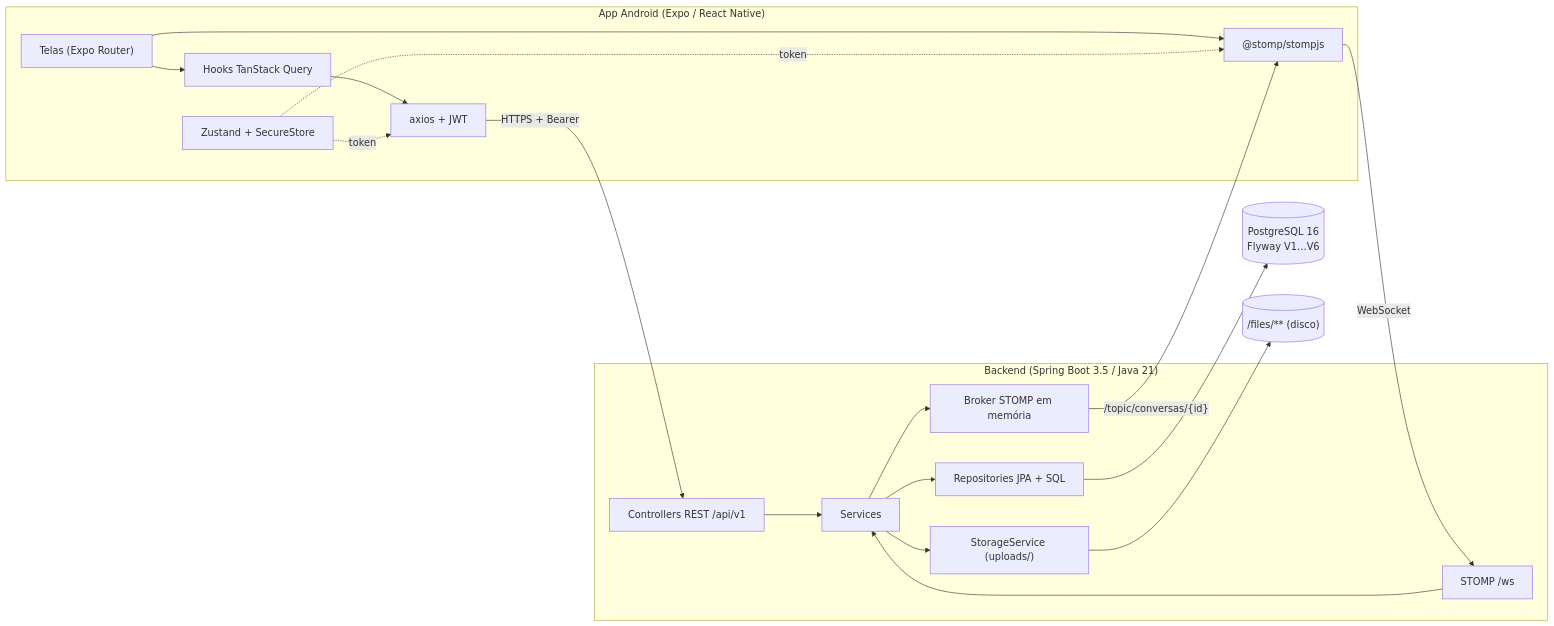
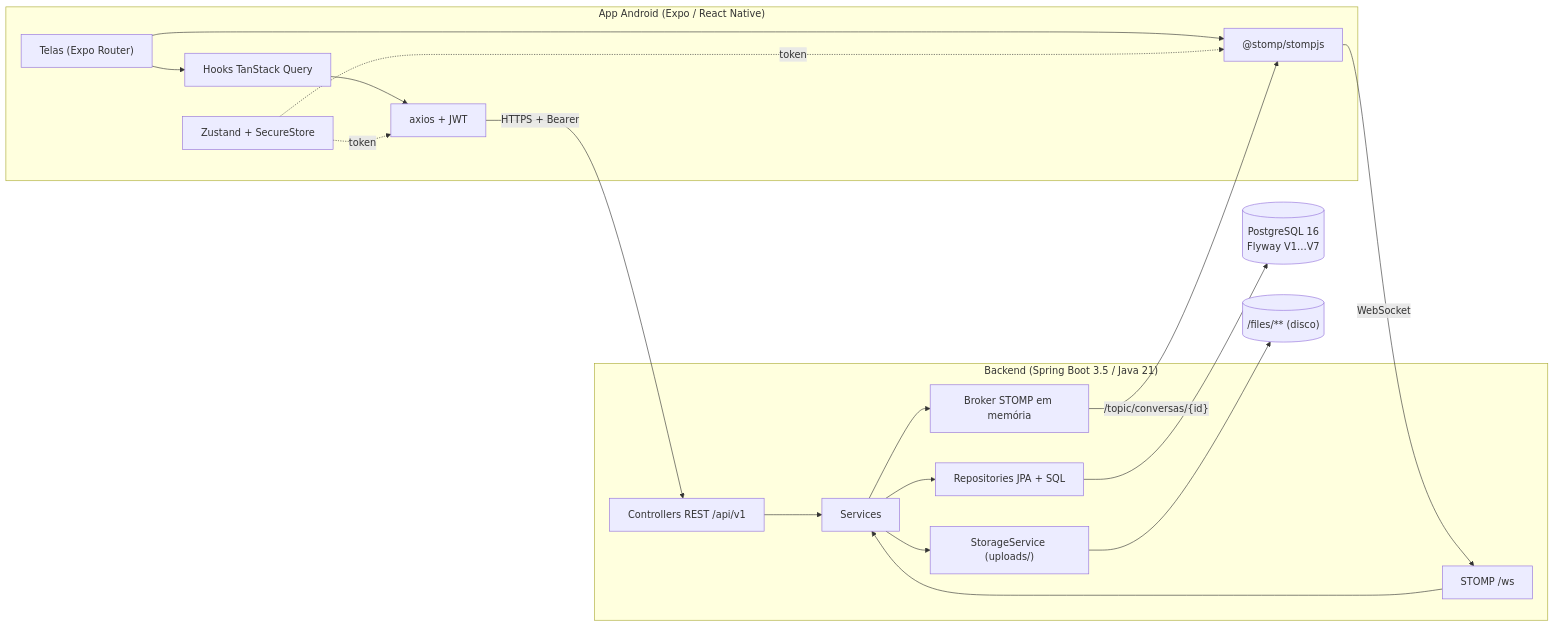
One commit to PedroLuizR/SyncEvents changed the first of 5 diagrams in docs/arquitetura.md. Above: the diagram before and after it, drawn with Mermaid. The commit also changed other lines of this file and 61 other files, not shown here.

````diff
--- a/docs/arquitetura.md
+++ b/docs/arquitetura.md
@@ -5,22 +5,22 @@
 ```mermaid
 flowchart LR
     subgraph App["App Android (Expo / React Native)"]
         UI["Telas (Expo Router)"] --> Hooks["Hooks TanStack Query"]
         Hooks --> HTTP["axios + JWT"]
         UI --> STOMP["@stomp/stompjs"]
         Sessao["Zustand + SecureStore"] -.token.-> HTTP
         Sessao -.token.-> STOMP
     end
     subgraph Backend["Backend (Spring Boot 3.5 / Java 21)"]
         REST["Controllers REST /api/v1"] --> Services
         WS["STOMP /ws"] --> Services
         Services --> Repos["Repositories JPA + SQL"]
         Services --> Storage["StorageService (uploads/)"]
         Services --> Broker["Broker STOMP em memória"]
     end
     HTTP -- "HTTPS + Bearer" --> REST
     STOMP -- "WebSocket" --> WS
     Broker -- "/topic/conversas/{id}" --> STOMP
-    Repos --> DB[("PostgreSQL 16<br/>Flyway V1…V6")]
+    Repos --> DB[("PostgreSQL 16<br/>Flyway V1…V7")]
     Storage --> Arquivos[("/files/** (disco)")]
 ```
````
